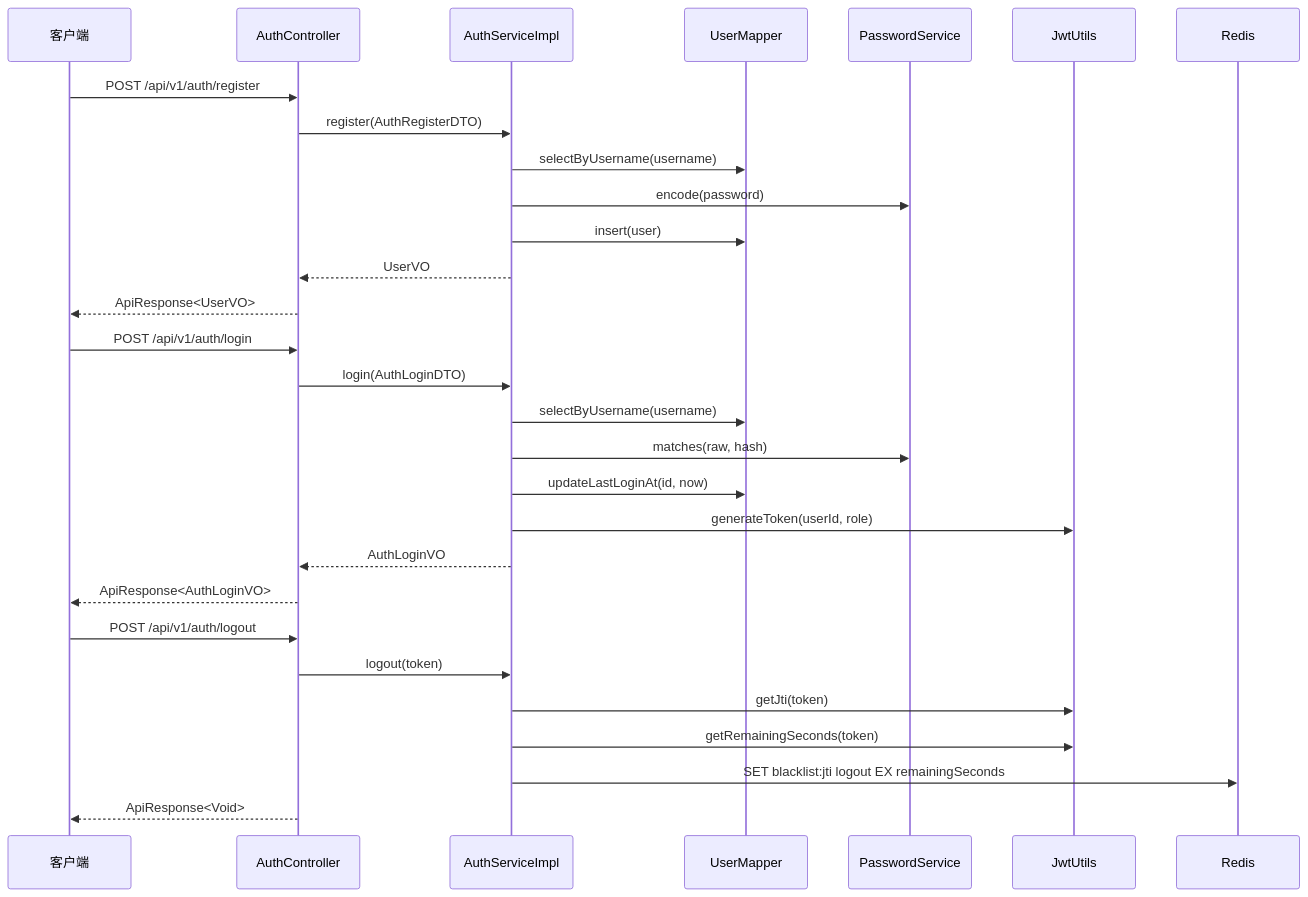
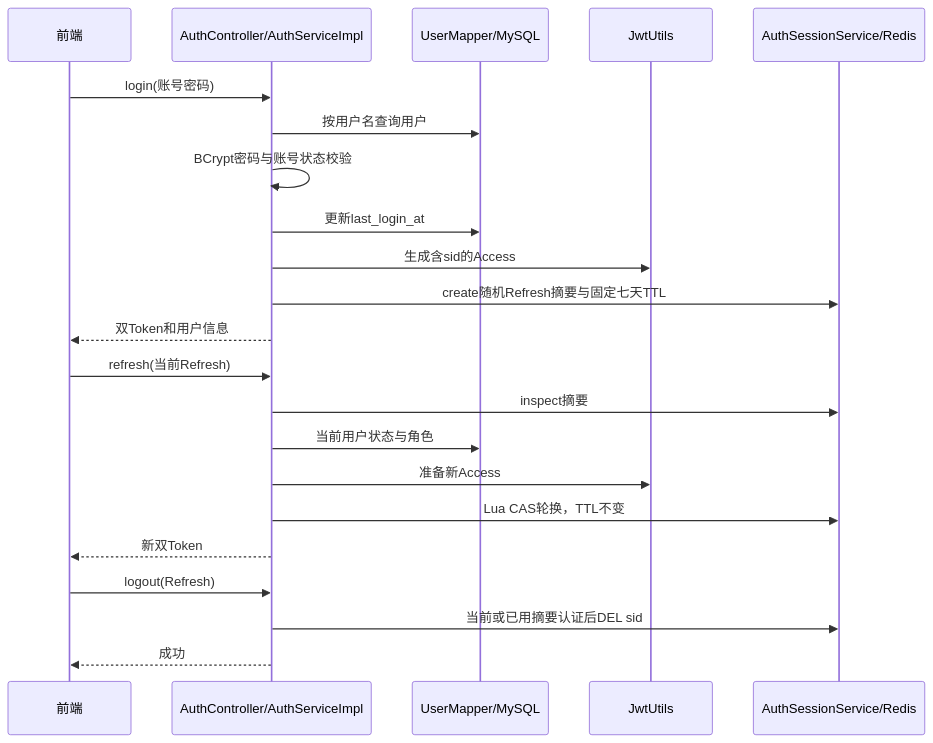
Before and after one commit to clear48/campus-resource-platform: the second of 4 diagrams in docs/modules/01-auth-development-process.md, drawn with Mermaid. The commit also changed other lines of this file and 15 other files, not shown here.

Commit message:
docs(auth): document token lifecycle and automatic refresh behavior

````diff
--- a/docs/modules/01-auth-development-process.md
+++ b/docs/modules/01-auth-development-process.md
@@ -291,34 +252,24 @@
 ```mermaid
 sequenceDiagram
-    participant Client as 客户端
-    participant AuthController
-    participant AuthServiceImpl
-    participant UserMapper
-    participant PasswordService
-    participant JwtUtils
-    participant Redis as Redis
-
-    Client->>AuthController: POST /api/v1/auth/register
-    AuthController->>AuthServiceImpl: register(AuthRegisterDTO)
-    AuthServiceImpl->>UserMapper: selectByUsername(username)
-    AuthServiceImpl->>PasswordService: encode(password)
-    AuthServiceImpl->>UserMapper: insert(user)
-    AuthServiceImpl-->>AuthController: UserVO
-    AuthController-->>Client: ApiResponse<UserVO>
-
-    Client->>AuthController: POST /api/v1/auth/login
-    AuthController->>AuthServiceImpl: login(AuthLoginDTO)
-    AuthServiceImpl->>UserMapper: selectByUsername(username)
-    AuthServiceImpl->>PasswordService: matches(raw, hash)
-    AuthServiceImpl->>UserMapper: updateLastLoginAt(id, now)
-    AuthServiceImpl->>JwtUtils: generateToken(userId, role)
-    AuthServiceImpl-->>AuthController: AuthLoginVO
-    AuthController-->>Client: ApiResponse<AuthLoginVO>
-
-    Client->>AuthController: POST /api/v1/auth/logout
-    AuthController->>AuthServiceImpl: logout(token)
-    AuthServiceImpl->>JwtUtils: getJti(token)
-    AuthServiceImpl->>JwtUtils: getRemainingSeconds(token)
-    AuthServiceImpl->>Redis: SET blacklist:jti logout EX remainingSeconds
-    AuthController-->>Client: ApiResponse<Void>
+    participant Client as 前端
+    participant Auth as AuthController/AuthServiceImpl
+    participant DB as UserMapper/MySQL
+    participant JWT as JwtUtils
+    participant Store as AuthSessionService/Redis
+    Client->>Auth: login(账号密码)
+    Auth->>DB: 按用户名查询用户
+    Auth->>Auth: BCrypt密码与账号状态校验
+    Auth->>DB: 更新last_login_at
+    Auth->>JWT: 生成含sid的Access
+    Auth->>Store: create随机Refresh摘要与固定七天TTL
+    Auth-->>Client: 双Token和用户信息
+    Client->>Auth: refresh(当前Refresh)
+    Auth->>Store: inspect摘要
+    Auth->>DB: 当前用户状态与角色
+    Auth->>JWT: 准备新Access
+    Auth->>Store: Lua CAS轮换，TTL不变
+    Auth-->>Client: 新双Token
+    Client->>Auth: logout(Refresh)
+    Auth->>Store: 当前或已用摘要认证后DEL sid
+    Auth-->>Client: 成功
 ```
````
